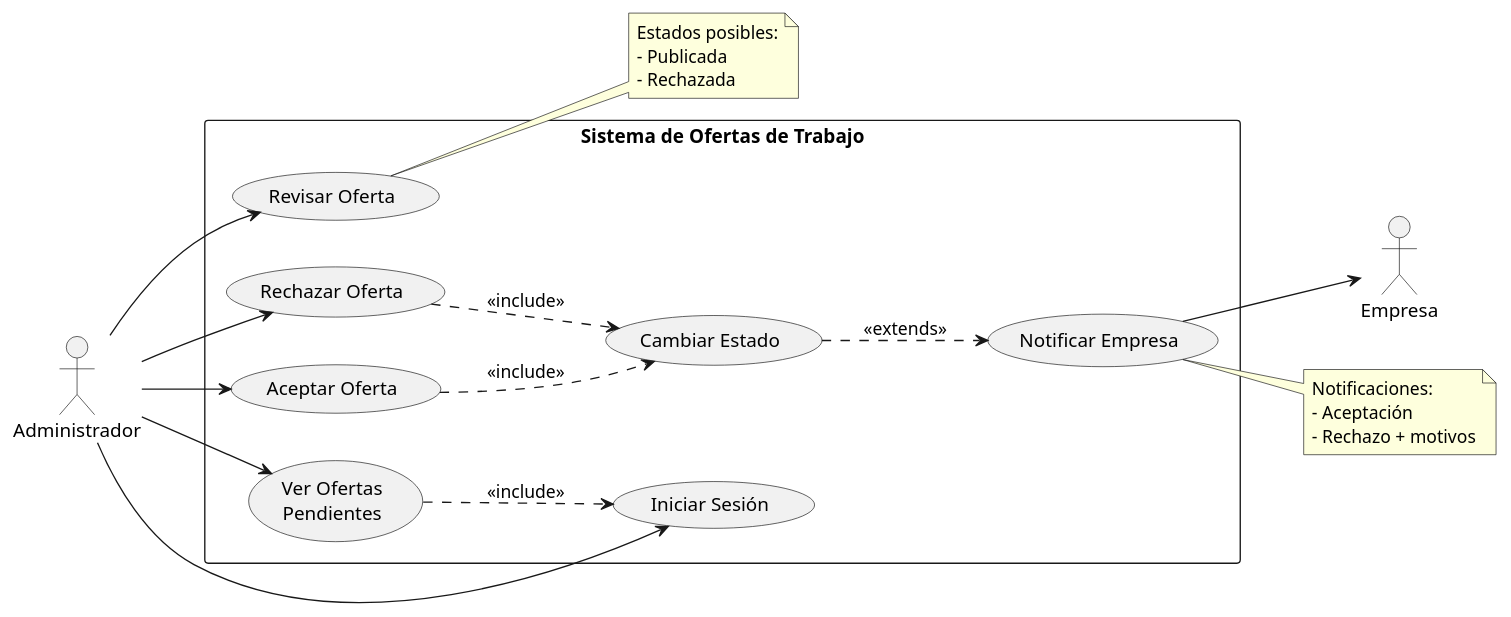
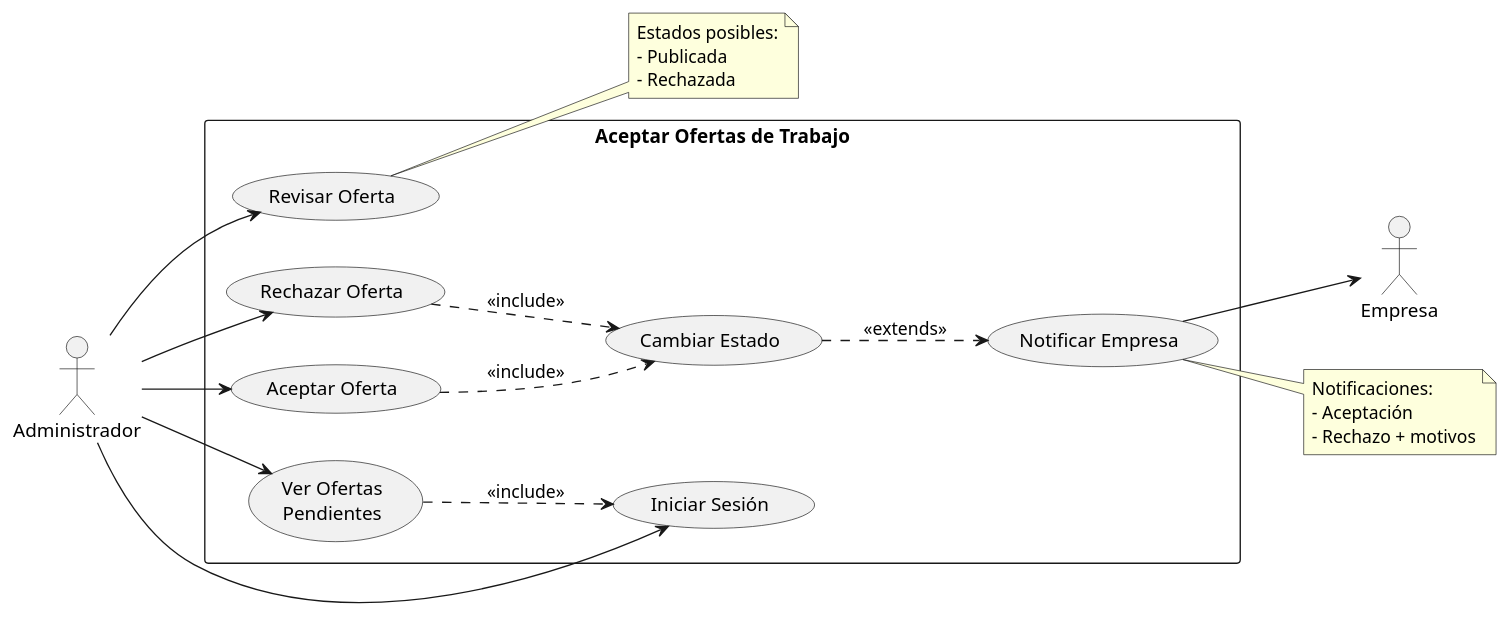
Before and after one commit to mmasias/24-25-IdSw1-SDR: the diagram in modelosUML/CasosDeUso/diagramas/aceptarOfertaTrabajo.puml, drawn with PlantUML. The commit also changed 2 other files, not shown here.

```diff
--- a/modelosUML/CasosDeUso/diagramas/aceptarOfertaTrabajo.puml
+++ b/modelosUML/CasosDeUso/diagramas/aceptarOfertaTrabajo.puml
@@ -1,40 +1,40 @@
 @startuml
 left to right direction
 skinparam packageStyle rectangle
 
 actor "Administrador" as admin
 actor "Empresa" as empresa
 
-rectangle "Sistema de Ofertas de Trabajo" {
+rectangle "Aceptar Ofertas de Trabajo" {
   usecase "Iniciar Sesión" as UC1
   usecase "Ver Ofertas\nPendientes" as UC2
   usecase "Revisar Oferta" as UC3
   usecase "Aceptar Oferta" as UC4
   usecase "Rechazar Oferta" as UC5
   usecase "Cambiar Estado" as UC6
   usecase "Notificar Empresa" as UC7
 }
 
 admin --> UC1
 admin --> UC2
 UC2 ..> UC1 : <<include>>
 admin --> UC3
 admin --> UC4
 admin --> UC5
 UC4 ..> UC6 : <<include>>
 UC5 ..> UC6 : <<include>>
 UC6 ..> UC7 : <<extends>>
 UC7 --> empresa
 
 note right of UC3
   Estados posibles:
   - Publicada
   - Rechazada
 end note
 
 note right of UC7
   Notificaciones:
   - Aceptación
   - Rechazo + motivos
 end note
 @enduml
```
